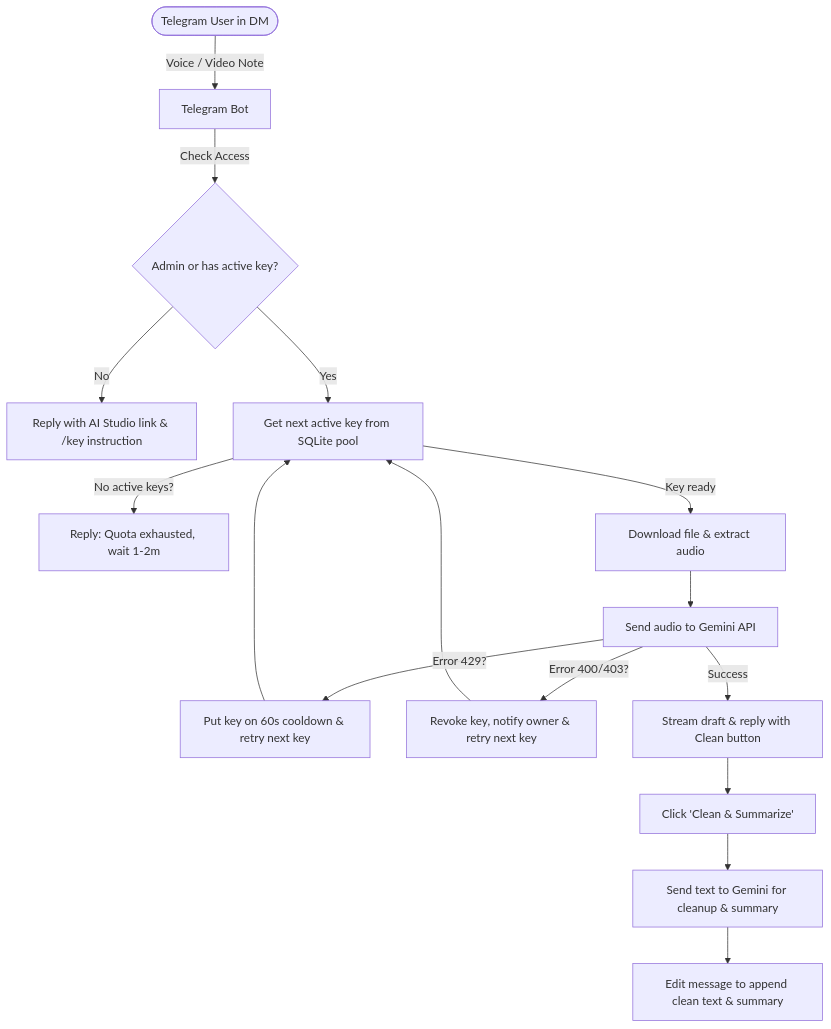
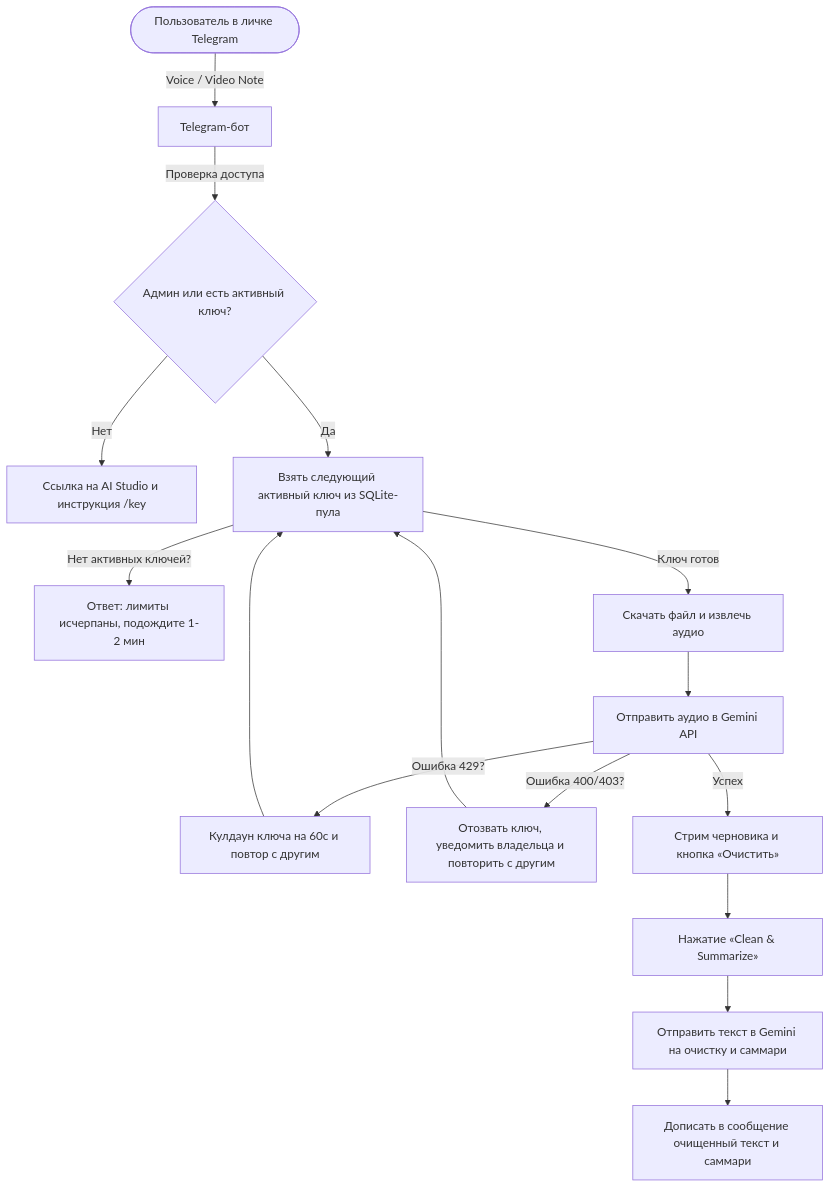
The diagram in README.md (renkagod/tg-voice-stt), drawn with Mermaid before and after one commit. The commit also changed other lines of this file, not shown here.

````diff
--- a/README.md
+++ b/README.md
@@ -24,18 +83,18 @@
 ```mermaid
 flowchart TD
-    User([Telegram User in DM]) -->|Voice / Video Note| Bot[Telegram Bot]
-    Bot -->|Check Access| Access{Admin or has active key?}
-    Access -->|No| PromptKey[Reply with AI Studio link & /key instruction]
-    Access -->|Yes| FetchKey[Get next active key from SQLite pool]
-    FetchKey -->|No active keys?| Exhausted[Reply: Quota exhausted, wait 1-2m]
-    FetchKey -->|Key ready| Download[Download file & extract audio]
-    Download --> SendGemini[Send audio to Gemini API]
-    SendGemini -->|Error 429?| Cooldown[Put key on 60s cooldown & retry next key]
+    User([Пользователь в личке Telegram]) -->|Voice / Video Note| Bot[Telegram-бот]
+    Bot -->|Проверка доступа| Access{Админ или есть активный ключ?}
+    Access -->|Нет| PromptKey[Ссылка на AI Studio и инструкция /key]
+    Access -->|Да| FetchKey[Взять следующий активный ключ из SQLite-пула]
+    FetchKey -->|Нет активных ключей?| Exhausted[Ответ: лимиты исчерпаны, подождите 1-2 мин]
+    FetchKey -->|Ключ готов| Download[Скачать файл и извлечь аудио]
+    Download --> SendGemini[Отправить аудио в Gemini API]
+    SendGemini -->|Ошибка 429?| Cooldown[Кулдаун ключа на 60с и повтор с другим]
     Cooldown --> FetchKey
-    SendGemini -->|Error 400/403?| Revoke[Revoke key, notify owner & retry next key]
+    SendGemini -->|Ошибка 400/403?| Revoke[Отозвать ключ, уведомить владельца и повторить с другим]
     Revoke --> FetchKey
-    SendGemini -->|Success| StreamDraft[Stream draft & reply with Clean button]
-    StreamDraft --> Click[Click 'Clean & Summarize']
-    Click --> GeminiClean[Send text to Gemini for cleanup & summary]
-    GeminiClean --> Edit[Edit message to append clean text & summary]
+    SendGemini -->|Успех| StreamDraft[Стрим черновика и кнопка «Очистить»]
+    StreamDraft --> Click[Нажатие «Clean & Summarize»]
+    Click --> GeminiClean[Отправить текст в Gemini на очистку и саммари]
+    GeminiClean --> Edit[Дописать в сообщение очищенный текст и саммари]
 ```
````
